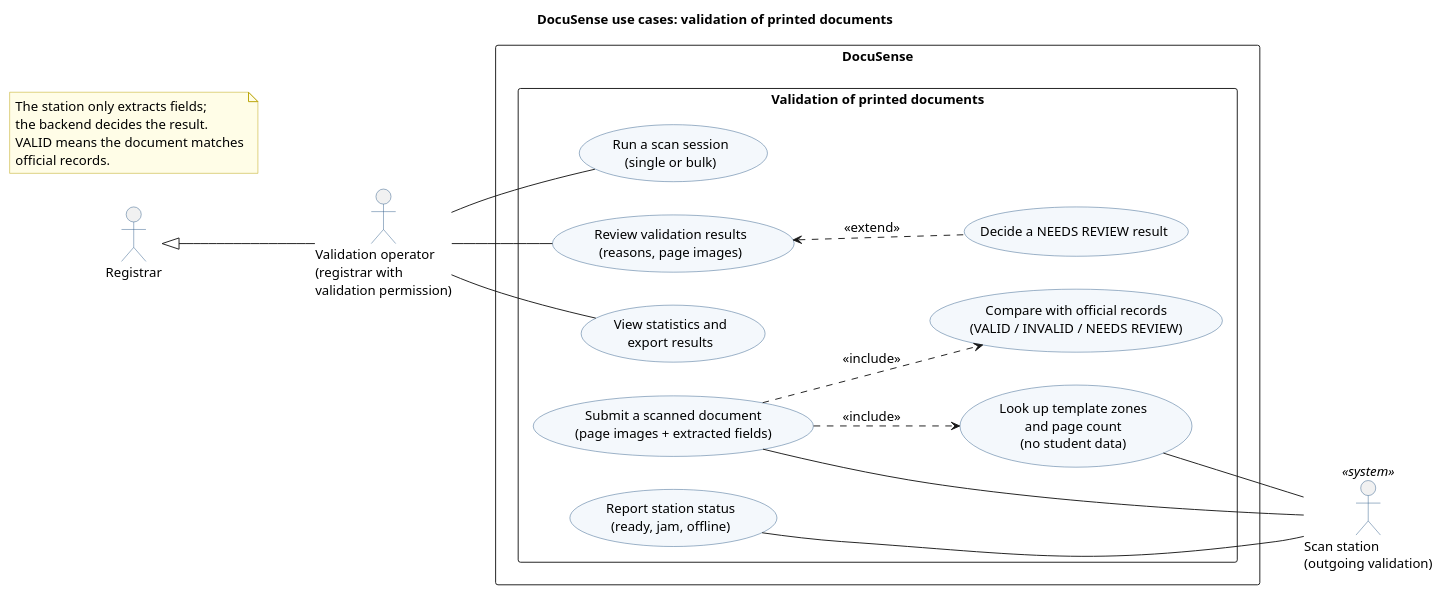
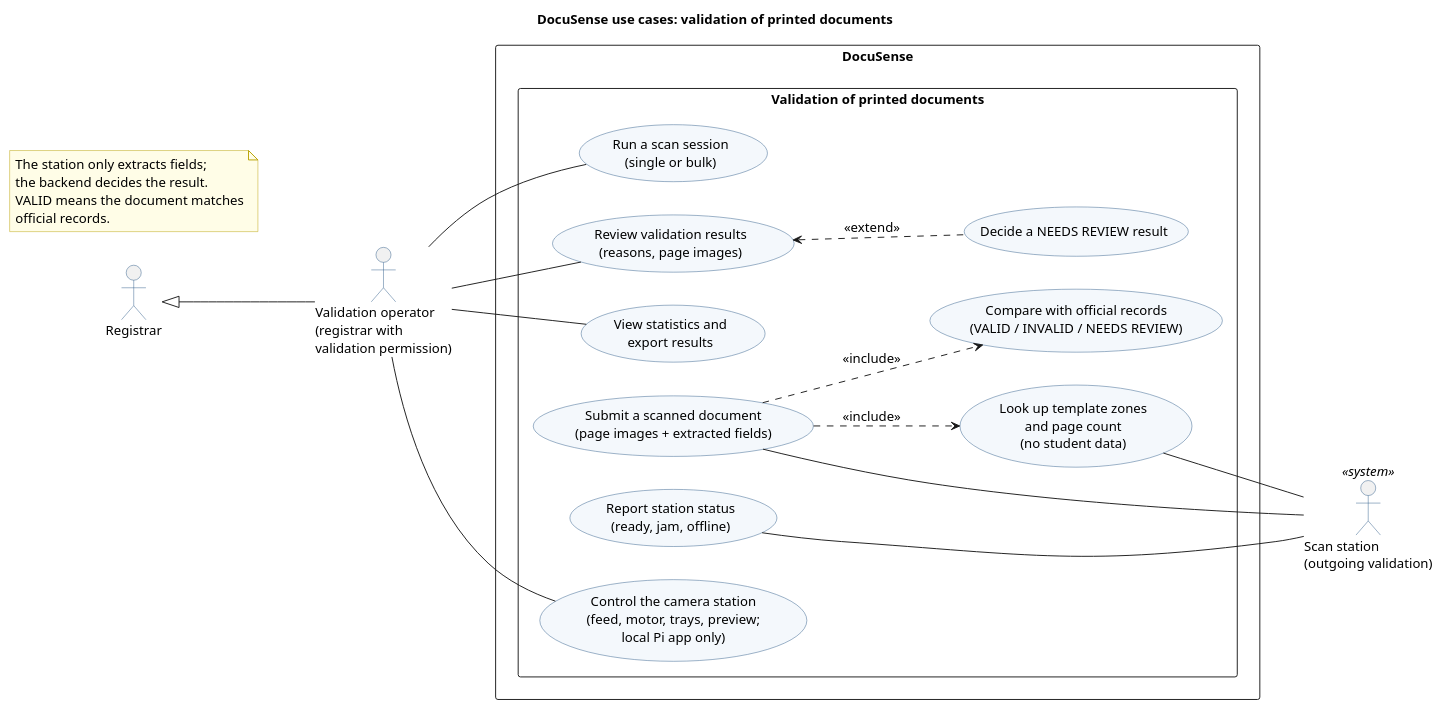
The diagram in docs/diagrams/use-cases-validation.puml (docusense67/DocuSense), drawn with PlantUML before and after one commit. The commit also changed 13 other files, not shown here.

```diff
--- a/docs/diagrams/use-cases-validation.puml
+++ b/docs/diagrams/use-cases-validation.puml
@@ -1,65 +1,68 @@
 @startuml use-cases-validation
 ' Use cases: validation of printed (issued) documents. Detail of the "validation" package in
 ' use-cases.puml.
 '
 ' "' @routes <alias>: <METHOD path> | ..." lists the API routes behind a use case.
 ' backend/tests/test_use_case_diagram.py checks every actor link against
 ' backend/tests/test_access_matrix.py: edit both together.
 ' A use case that <<extend>>s another is also performed by that use case's actors.
 title DocuSense use cases: validation of printed documents
 left to right direction
 skinparam defaultFontSize 14
 skinparam shadowing false
 skinparam packageStyle rectangle
 skinparam usecase {
   BackgroundColor #F4F8FC
   BorderColor #2F5D8A
 }
 skinparam actor {
   BorderColor #2F5D8A
 }
 skinparam note {
   BackgroundColor #FFFDE7
   BorderColor #B8A200
 }
 
 actor "Registrar" as Registrar
 actor "Validation operator\n(registrar with\nvalidation permission)" as Operator
 actor "Scan station\n(outgoing validation)" as ScanStation <<system>>
 
 Operator -up-|> Registrar
 
 rectangle "DocuSense" {
   package "Validation of printed documents" {
     usecase "Run a scan session\n(single or bulk)" as V_SESSION
     ' @routes V_SESSION: GET /api/scan-stations | POST /api/scan-sessions | GET /api/scan-sessions/{session_id} | POST /api/scan-sessions/{session_id}/end
     usecase "Review validation results\n(reasons, page images)" as V_RESULTS
     ' @routes V_RESULTS: GET /api/validations | GET /api/validations/{scanned_id} | GET /api/validations/{scanned_id}/pages/{page}
     usecase "Decide a NEEDS REVIEW result" as V_CONFIRM
     ' @routes V_CONFIRM: POST /api/validations/{scanned_id}/review
     usecase "View statistics and\nexport results" as V_REPORT
     ' @routes V_REPORT: GET /api/validations/stats | GET /api/validations/export
     usecase "Look up template zones\nand page count\n(no student data)" as V_LOOKUP
     ' @routes V_LOOKUP: POST /api/station/lookup
     usecase "Submit a scanned document\n(page images + extracted fields)" as V_UPLOAD
     ' @routes V_UPLOAD: GET /api/station/session | POST /api/station/sessions/{session_id}/documents
     usecase "Compare with official records\n(VALID / INVALID / NEEDS REVIEW)" as V_DECIDE
     usecase "Report station status\n(ready, jam, offline)" as V_STATUS
     ' @routes V_STATUS: POST /api/station/status
+    usecase "Control the camera station\n(feed, motor, trays, preview;\nlocal Pi app only)" as V_MECH
+    ' @routes V_MECH: GET /api/mechanism/status | GET /api/mechanism/camera/frame | POST /api/mechanism/command
   }
 }
 
 Operator -- V_SESSION
 Operator -- V_RESULTS
 Operator -- V_REPORT
+Operator -- V_MECH
 
 V_LOOKUP -- ScanStation
 V_UPLOAD -- ScanStation
 V_STATUS -- ScanStation
 
 V_UPLOAD ..> V_LOOKUP : <<include>>
 V_UPLOAD ..> V_DECIDE : <<include>>
 V_RESULTS <.. V_CONFIRM : <<extend>>
 
 note "The station only extracts fields;\nthe backend decides the result.\nVALID means the document matches\nofficial records." as N1
 @enduml
```
